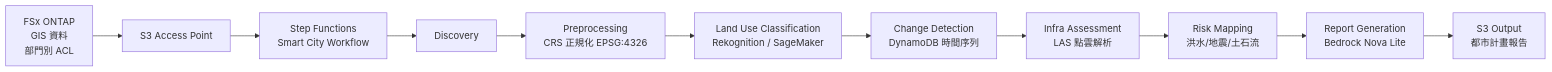
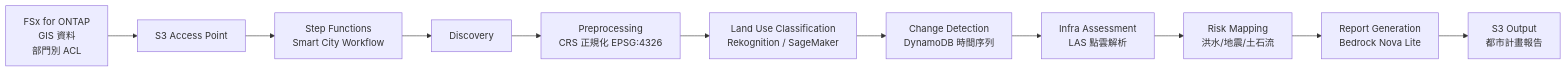
The diagram in smart-city-geospatial/docs/architecture.zh-TW.md (Yoshiki0705/FSx-for-ONTAP-S3AccessPoints-Serverless-Patterns), drawn with Mermaid before and after one commit. The commit also changed other lines of this file and 752 other files, not shown here.

````diff
--- a/smart-city-geospatial/docs/architecture.zh-TW.md
+++ b/smart-city-geospatial/docs/architecture.zh-TW.md
@@ -15,13 +15,13 @@
 ```mermaid
 graph LR
-    FSx[FSx ONTAP<br/>GIS 資料<br/>部門別 ACL] --> S3AP[S3 Access Point]
+    FSx[FSx for ONTAP<br/>GIS 資料<br/>部門別 ACL] --> S3AP[S3 Access Point]
     S3AP --> SFN[Step Functions<br/>Smart City Workflow]
     SFN --> L1[Discovery]
     L1 --> L2[Preprocessing<br/>CRS 正規化 EPSG:4326]
     L2 --> L3[Land Use Classification<br/>Rekognition / SageMaker]
     L3 --> L4[Change Detection<br/>DynamoDB 時間序列]
     L4 --> L5[Infra Assessment<br/>LAS 點雲解析]
     L5 --> L6[Risk Mapping<br/>洪水/地震/土石流]
     L6 --> L7[Report Generation<br/>Bedrock Nova Lite]
     L7 --> S3O[S3 Output<br/>都市計畫報告]
 ```
````
